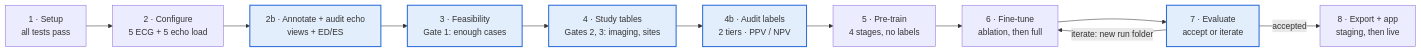
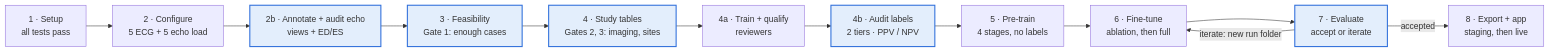
One commit to cardioailive1/womens-cvd changed the diagram in ml/RUNBOOK.md. Above: the diagram before and after it, drawn with Mermaid. The commit also changed other lines of this file and 6 other files, not shown here.

````diff
--- a/ml/RUNBOOK.md
+++ b/ml/RUNBOOK.md
@@ -9,15 +9,15 @@
 ```mermaid
 flowchart LR
     S1["1 · Setup<br/>all tests pass"] --> S2["2 · Configure<br/>5 ECG + 5 echo load"]
     S2 --> S2b["2b · Annotate + audit echo<br/>views + ED/ES"]
     S2b --> S3["3 · Feasibility<br/>Gate 1: enough cases"]
     S3 --> S4["4 · Study tables<br/>Gates 2, 3: imaging, sites"]
-    S4 --> S4b["4b · Audit labels<br/>2 tiers · PPV / NPV"]
+    S4 --> S4a["4a · Train + qualify<br/>reviewers"] --> S4b["4b · Audit labels<br/>2 tiers · PPV / NPV"]
     S4b --> S5["5 · Pre-train<br/>4 stages, no labels"]
     S5 --> S6["6 · Fine-tune<br/>ablation, then full"]
     S6 --> S7["7 · Evaluate<br/>accept or iterate"]
     S7 -- "iterate: new run folder" --> S6
     S7 -- accepted --> S8["8 · Export + app<br/>staging, then live"]
     classDef gate fill:#e3eefc,stroke:#2f6fdb,stroke-width:2px;
     class S2b,S3,S4,S4b,S7 gate;
 ```
````
